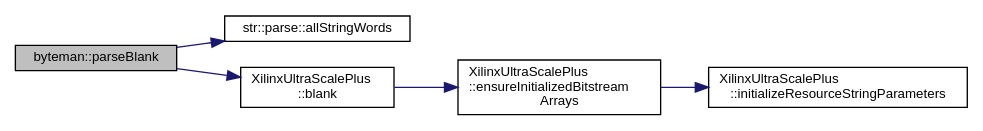
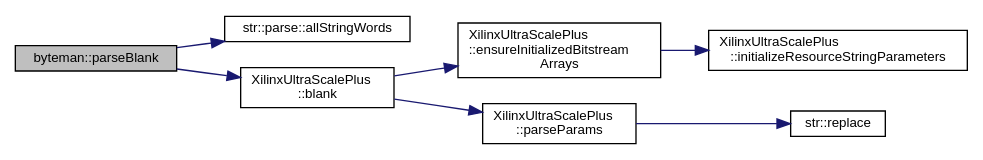
One commit to FPGA-Research-Manchester/byteman changed the diagram in classbyteman_afb42b36016cdfadc1ef23800d674f9c0_cgraph.dot. Above: the diagram before and after it, drawn with Graphviz. The commit also changed 231 other files, not shown here.

```diff
--- a/classbyteman_afb42b36016cdfadc1ef23800d674f9c0_cgraph.dot
+++ b/classbyteman_afb42b36016cdfadc1ef23800d674f9c0_cgraph.dot
@@ -1,17 +1,21 @@
 digraph "byteman::parseBlank"
 {
  // INTERACTIVE_SVG=YES
  // LATEX_PDF_SIZE
   edge [fontname="Helvetica",fontsize="10",labelfontname="Helvetica",labelfontsize="10"];
   node [fontname="Helvetica",fontsize="10",shape=record];
   rankdir="LR";
   Node1 [label="byteman::parseBlank",height=0.2,width=0.4,color="black", fillcolor="grey75", style="filled", fontcolor="black",tooltip=" "];
   Node1 -> Node2 [color="midnightblue",fontsize="10",style="solid",fontname="Helvetica"];
   Node2 [label="str::parse::allStringWords",height=0.2,width=0.4,color="black", fillcolor="white", style="filled",URL="$namespacestr_1_1parse.html#a0b2fd42b74ce3f482b4f1ece5f24881e",tooltip="Parses a string s, removes all integers and returns the rest."];
   Node1 -> Node3 [color="midnightblue",fontsize="10",style="solid",fontname="Helvetica"];
   Node3 [label="XilinxUltraScalePlus\l::blank",height=0.2,width=0.4,color="black", fillcolor="white", style="filled",URL="$classXilinxUltraScalePlus.html#a15434be327a556f42ae679ad8715f876",tooltip=" "];
   Node3 -> Node4 [color="midnightblue",fontsize="10",style="solid",fontname="Helvetica"];
   Node4 [label="XilinxUltraScalePlus\l::ensureInitializedBitstream\lArrays",height=0.2,width=0.4,color="black", fillcolor="white", style="filled",URL="$classXilinxUltraScalePlus.html#a8dcdd76d3e0d12a68a8b5dfdbee74ce2",tooltip=" "];
   Node4 -> Node5 [color="midnightblue",fontsize="10",style="solid",fontname="Helvetica"];
   Node5 [label="XilinxUltraScalePlus\l::initializeResourceStringParameters",height=0.2,width=0.4,color="black", fillcolor="white", style="filled",URL="$classXilinxUltraScalePlus.html#ac32e568fe37e12bfc1509b4d690528b6",tooltip=" "];
+  Node3 -> Node6 [color="midnightblue",fontsize="10",style="solid",fontname="Helvetica"];
+  Node6 [label="XilinxUltraScalePlus\l::parseParams",height=0.2,width=0.4,color="black", fillcolor="white", style="filled",URL="$classXilinxUltraScalePlus.html#aafd36c932d3c93bac078997a32ca8bc6",tooltip=" "];
+  Node6 -> Node7 [color="midnightblue",fontsize="10",style="solid",fontname="Helvetica"];
+  Node7 [label="str::replace",height=0.2,width=0.4,color="black", fillcolor="white", style="filled",URL="$namespacestr.html#ac23568893d7dd0123ecfc9105c9f3a69",tooltip="Replaces all instances of oldChar in string str with newChar and returns the resulting string."];
 }
```
